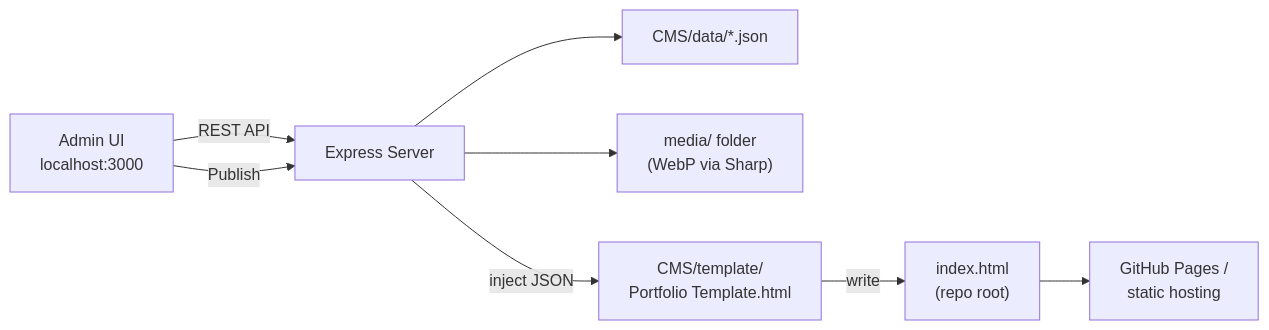
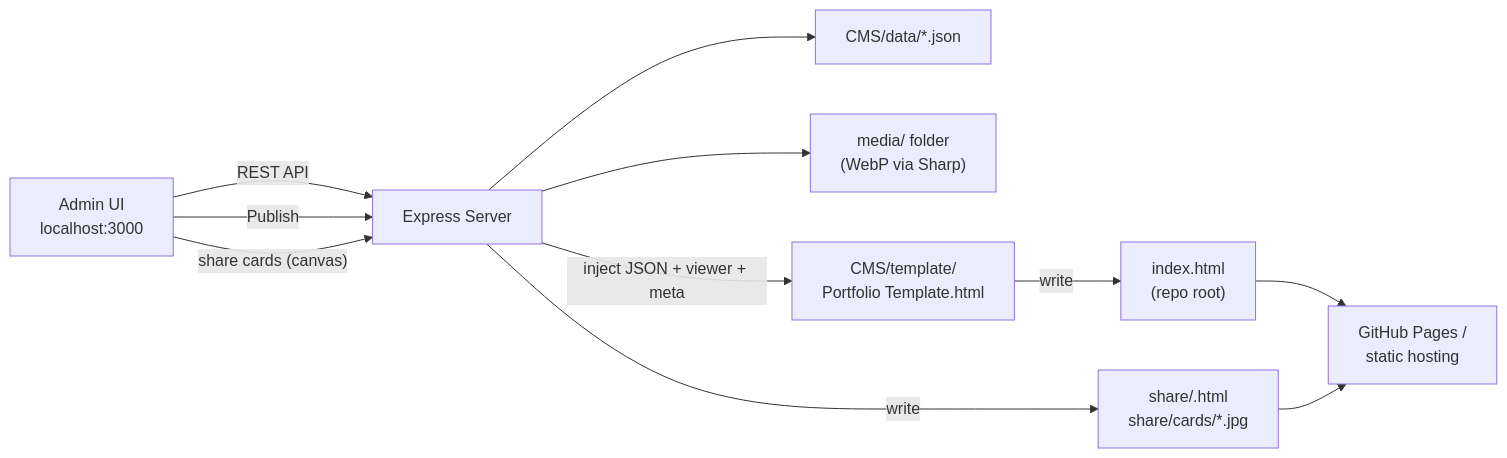
The diagram in README.md (Elusid108/Portfolio), drawn with Mermaid before and after one commit. The commit also changed other lines of this file and 142 other files, not shown here.

````diff
--- a/README.md
+++ b/README.md
@@ -48,10 +63,13 @@
 ```mermaid
 flowchart LR
     ui["Admin UI<br/>localhost:3000"] -->|"REST API"| server["Express Server"]
     server --> jsonData["CMS/data/*.json"]
     server --> mediaFiles["media/ folder<br/>(WebP via Sharp)"]
     ui -->|"Publish"| server
-    server -->|"inject JSON"| template["CMS/template/<br/>Portfolio Template.html"]
+    ui -->|"share cards (canvas)"| server
+    server -->|"inject JSON + viewer + meta"| template["CMS/template/<br/>Portfolio Template.html"]
     template -->|"write"| output["index.html<br/>(repo root)"]
+    server -->|"write"| sharePages["share/<id>.html<br/>share/cards/*.jpg"]
     output --> hosting["GitHub Pages /<br/>static hosting"]
+    sharePages --> hosting
 ```
````
